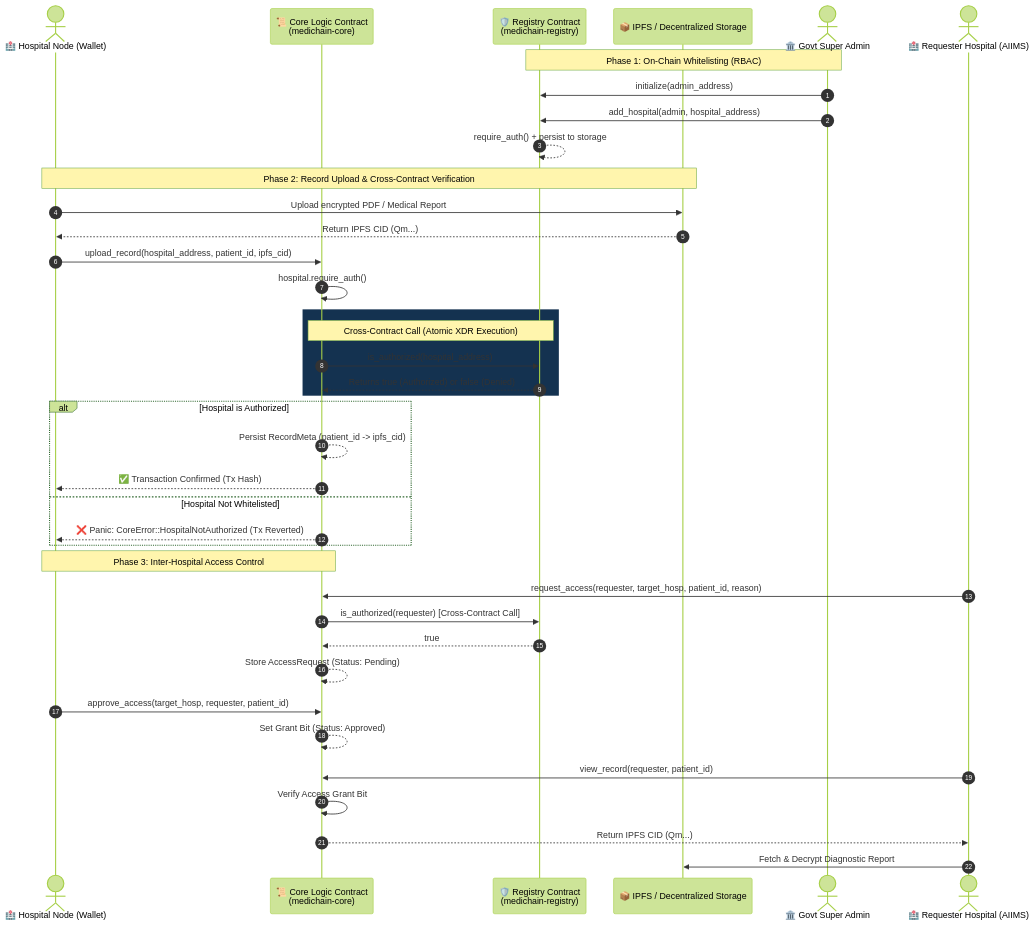
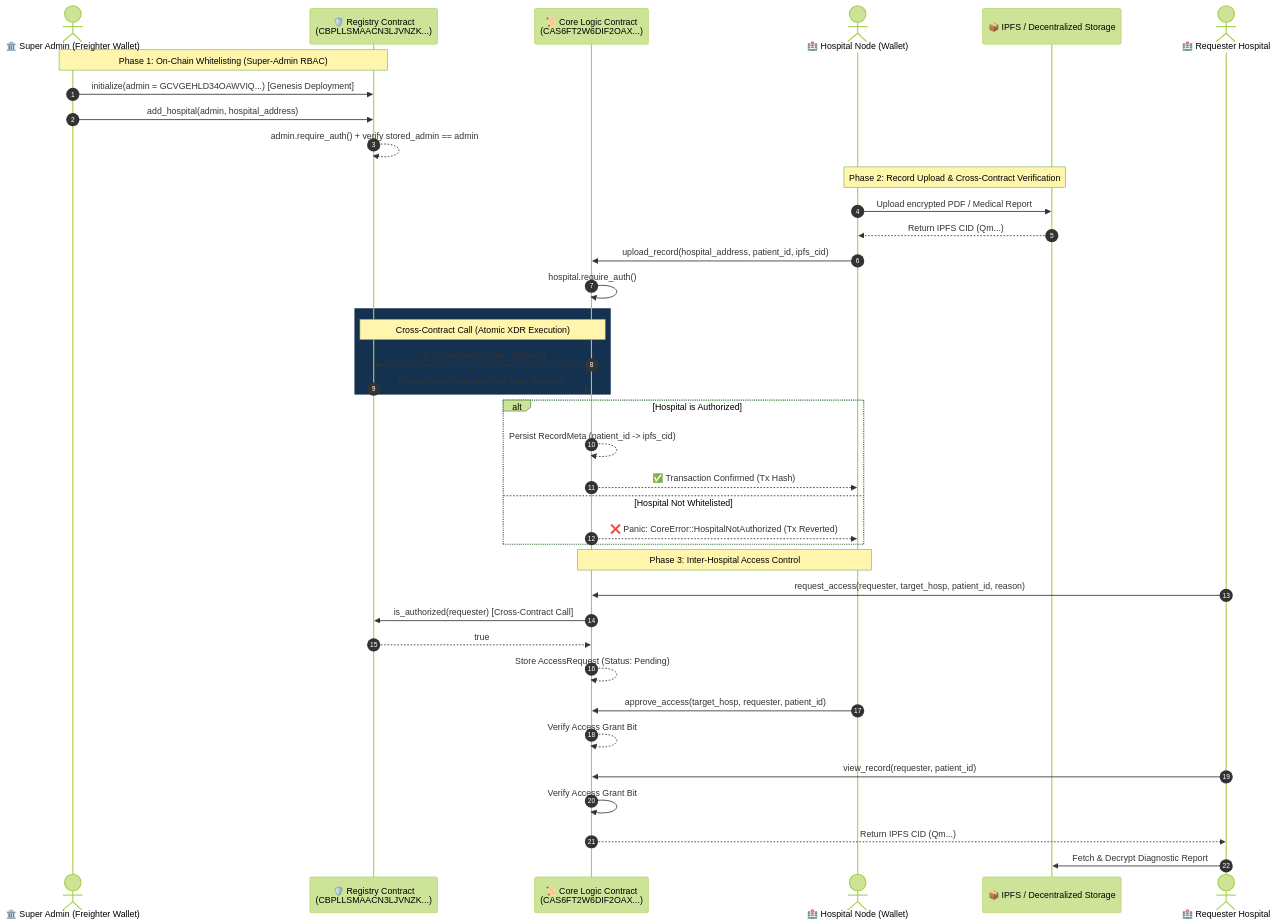
Before and after one commit to prateekpatel00/MediChain: the diagram in README.md, drawn with Mermaid (forest theme). The commit also changed other lines of this file and 3 other files, not shown here.

Commit message:
fix(security): Enforce strict Super-Admin RBAC owner GCVGEHLD34OAWVIQYWYNLEU2YFOXINO4FEXLGPV6DBHFIFDQFCWQJDI5 and update deployed contract IDs

````diff
--- a/README.md
+++ b/README.md
@@ -42,48 +40,48 @@
 ```mermaid
 sequenceDiagram
     autonumber
+    actor Admin as 🏛️ Super Admin (Freighter Wallet)
+    participant Registry as 🛡️ Registry Contract<br/>(CBPLLSMAACN3LJVNZK...)
+    participant Core as 📜 Core Logic Contract<br/>(CAS6FT2W6DIF2OAX...)
     actor Hospital as 🏥 Hospital Node (Wallet)
-    participant Core as 📜 Core Logic Contract<br/>(medichain-core)
-    participant Registry as 🛡️ Registry Contract<br/>(medichain-registry)
     participant IPFS as 📦 IPFS / Decentralized Storage
-    actor Admin as 🏛️ Govt Super Admin
 
-    note over Admin, Registry: Phase 1: On-Chain Whitelisting (RBAC)
-    Admin->>Registry: initialize(admin_address)
+    note over Admin, Registry: Phase 1: On-Chain Whitelisting (Super-Admin RBAC)
+    Admin->>Registry: initialize(admin = GCVGEHLD34OAWVIQ...) [Genesis Deployment]
     Admin->>Registry: add_hospital(admin, hospital_address)
-    Registry-->>Registry: require_auth() + persist to storage
+    Registry-->>Registry: admin.require_auth() + verify stored_admin == admin
 
     note over Hospital, IPFS: Phase 2: Record Upload & Cross-Contract Verification
     Hospital->>IPFS: Upload encrypted PDF / Medical Report
     IPFS-->>Hospital: Return IPFS CID (Qm...)
     Hospital->>Core: upload_record(hospital_address, patient_id, ipfs_cid)
     Core->>Core: hospital.require_auth()
     
     rect rgb(20, 50, 80)
         note over Core, Registry: Cross-Contract Call (Atomic XDR Execution)
         Core->>Registry: is_authorized(hospital_address)
         Registry-->>Core: Returns true (Authorized) or false (Denied)
     end
 
     alt Hospital is Authorized
         Core-->>Core: Persist RecordMeta (patient_id -> ipfs_cid)
         Core-->>Hospital: ✅ Transaction Confirmed (Tx Hash)
     else Hospital Not Whitelisted
         Core-->>Hospital: ❌ Panic: CoreError::HospitalNotAuthorized (Tx Reverted)
     end
 
     note over Hospital, Core: Phase 3: Inter-Hospital Access Control
-    actor Requester as 🏥 Requester Hospital (AIIMS)
+    actor Requester as 🏥 Requester Hospital
     Requester->>Core: request_access(requester, target_hosp, patient_id, reason)
     Core->>Registry: is_authorized(requester) [Cross-Contract Call]
     Registry-->>Core: true
     Core-->>Core: Store AccessRequest (Status: Pending)
 
     Hospital->>Core: approve_access(target_hosp, requester, patient_id)
-    Core-->>Core: Set Grant Bit (Status: Approved)
+    Core-->>Core: Verify Access Grant Bit
 
     Requester->>Core: view_record(requester, patient_id)
     Core->>Core: Verify Access Grant Bit
     Core-->>Requester: Return IPFS CID (Qm...)
     Requester->>IPFS: Fetch & Decrypt Diagnostic Report
 ```
````
